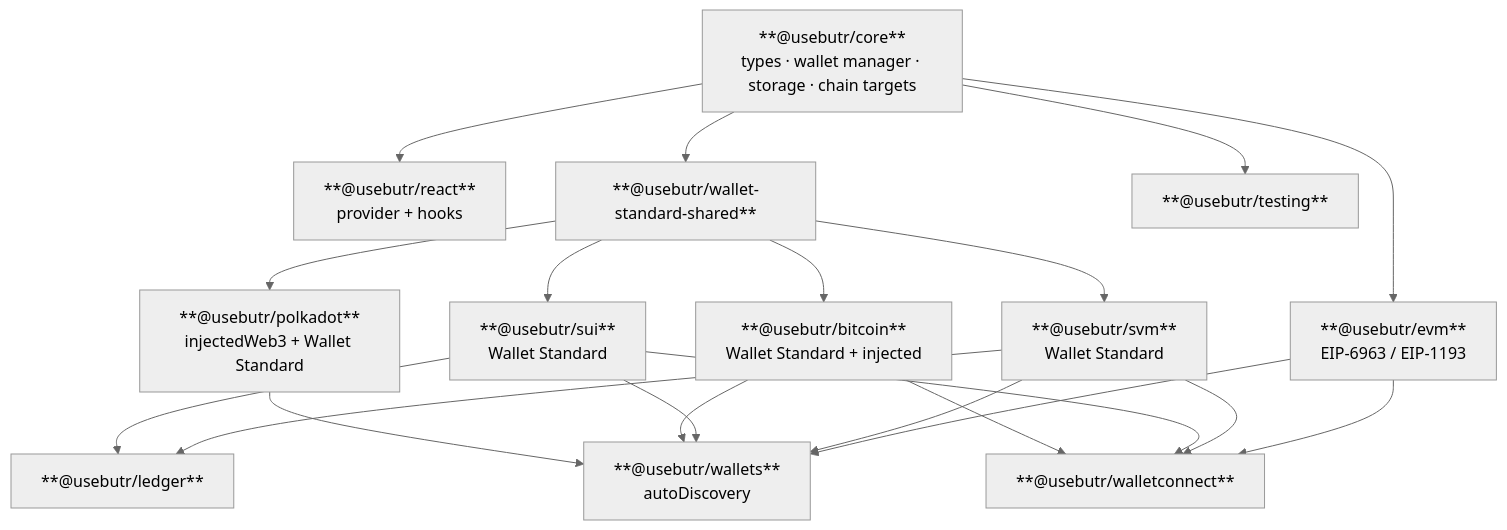
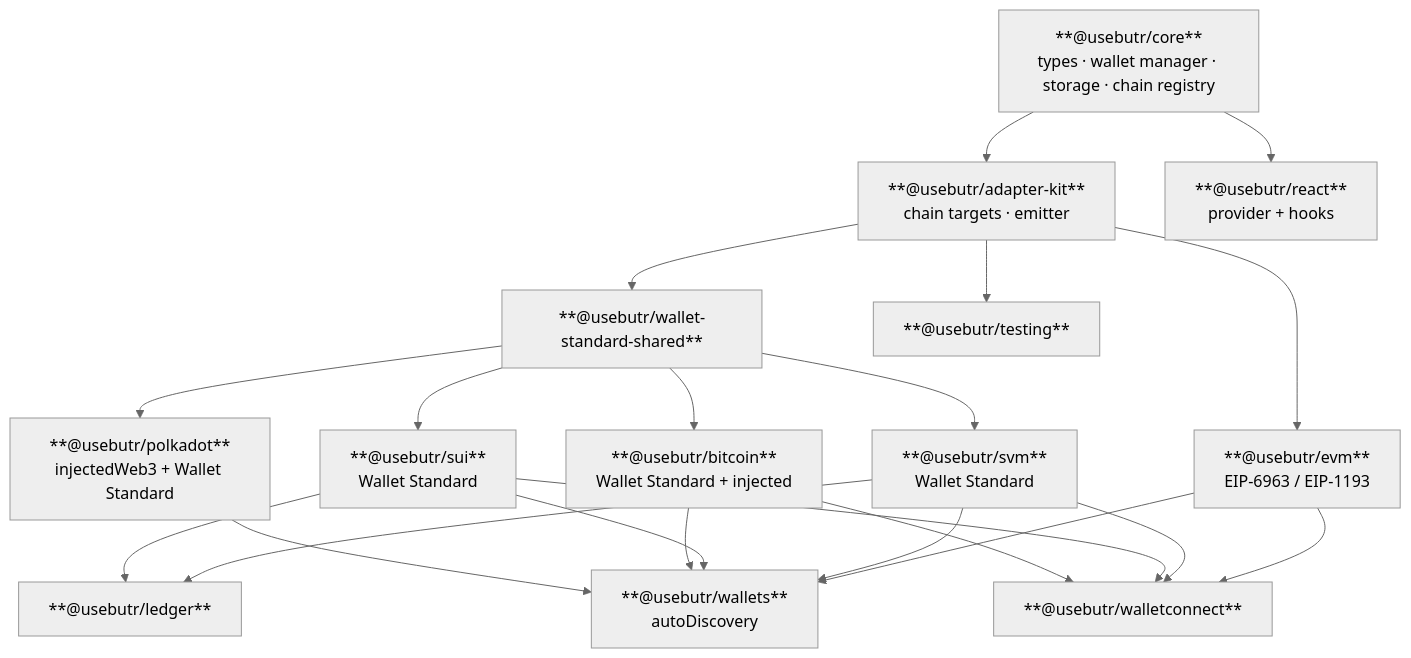
One commit to pedroapfilho/usebutr changed the diagram in README.md. Above: the diagram before and after it, drawn with Mermaid (neutral theme). The commit also changed other lines of this file and 123 other files, not shown here.

First line of the commit message:
feat!: adapter kit package, restore() and wallet keys (#263)

````diff
--- a/README.md
+++ b/README.md
@@ -137,35 +138,37 @@
 ```mermaid
 graph TD
-  core["**@usebutr/core**<br>types · wallet manager · storage · chain targets"]
+  core["**@usebutr/core**<br>types · wallet manager · storage · chain registry"]
+  kit["**@usebutr/adapter-kit**<br>chain targets · emitter"]
   react["**@usebutr/react**<br>provider + hooks"]
   wss["**@usebutr/wallet-standard-shared**"]
   evm["**@usebutr/evm**<br>EIP-6963 / EIP-1193"]
   svm["**@usebutr/svm**<br>Wallet Standard"]
   sui["**@usebutr/sui**<br>Wallet Standard"]
   btc["**@usebutr/bitcoin**<br>Wallet Standard + injected"]
   dot["**@usebutr/polkadot**<br>injectedWeb3 + Wallet Standard"]
   wallets["**@usebutr/wallets**<br>autoDiscovery"]
   wc["**@usebutr/walletconnect**"]
   ledger["**@usebutr/ledger**"]
   testing["**@usebutr/testing**"]
 
   core --> react
-  core --> wss
-  core --> evm
-  core --> testing
+  core --> kit
+  kit --> wss
+  kit --> evm
+  kit --> testing
   wss --> svm
   wss --> sui
   wss --> btc
   wss --> dot
   evm --> wallets
   svm --> wallets
   sui --> wallets
   btc --> wallets
   dot --> wallets
   evm --> wc
   svm --> wc
   sui --> wc
   btc --> wc
   svm --> ledger
   sui --> ledger
 ```
````
